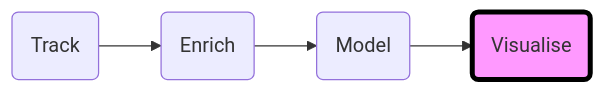
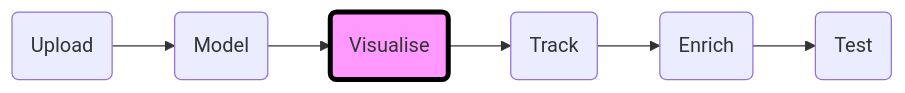
The diagram in content/visualisation/_index.md (snowplow/advanced-analytics-web-accelerator), drawn with Mermaid before and after one commit. The commit also changed other lines of this file and 18 other files, not shown here.

```diff
--- a/content/visualisation/_index.md
+++ b/content/visualisation/_index.md
@@ -13,5 +13,5 @@
 {{<mermaid>}}
 flowchart LR
-    id1(Track)-->id2(Enrich)-->id3(Model)-->id4(Visualise)
-    style id4 fill:#f9f,stroke:#000,stroke-width:4px
+    id1(Upload)-->id2(Model)-->id3(Visualise)-->id4(Track)-->id5(Enrich)-->id6(Test)
+    style id3 fill:#f9f,stroke:#000,stroke-width:4px
 {{</mermaid >}}
```
